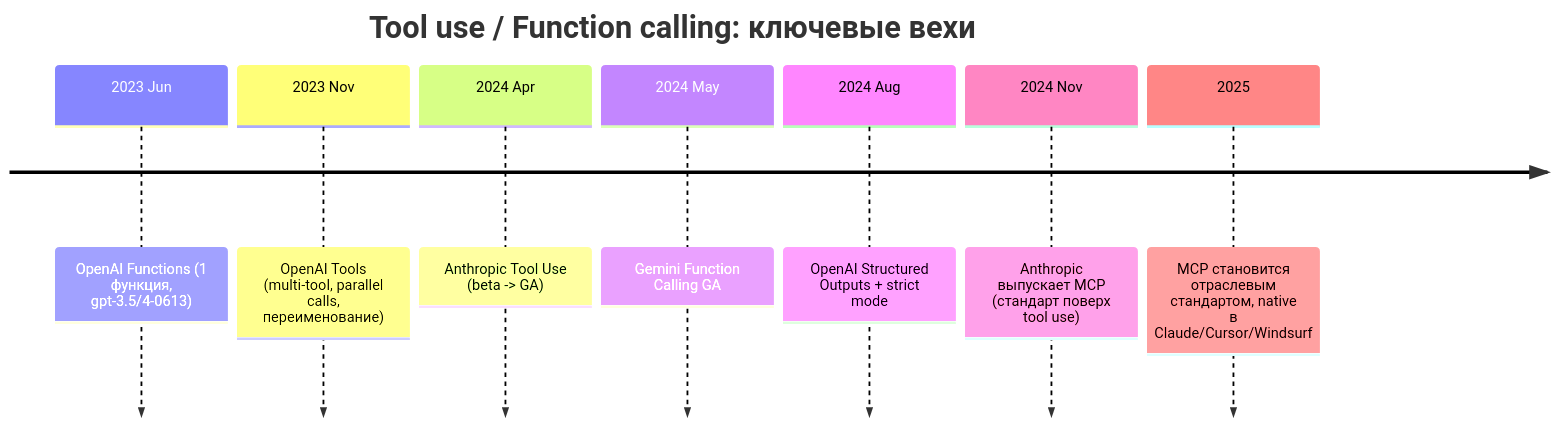
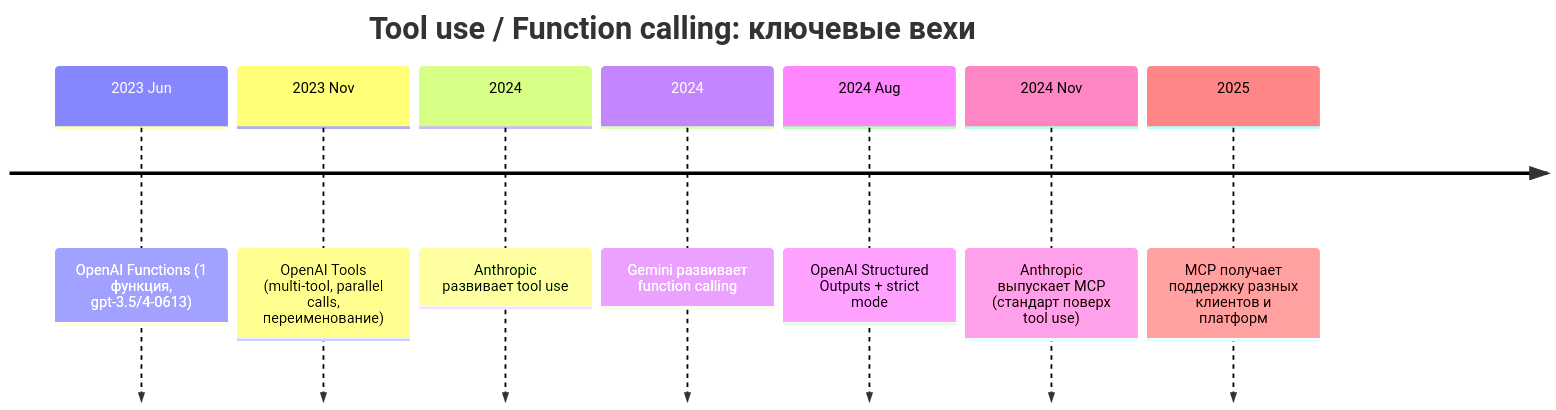
One commit to akeverus/cheat-sheet changed the second of 5 diagrams in cheatsheets/interview/ai-ml/function-calling-interview.md. Above: the diagram before and after it, drawn with Mermaid. The commit also changed other lines of this file and 6 other files, not shown here.

Commit message:
Review Function Calling MCQ visual parity

````diff
--- a/cheatsheets/interview/ai-ml/function-calling-interview.md
+++ b/cheatsheets/interview/ai-ml/function-calling-interview.md
@@ -129,11 +128,11 @@
 ```mermaid
 timeline
     title Tool use / Function calling: ключевые вехи
     2023 Jun : OpenAI Functions (1 функция, gpt-3.5/4-0613)
     2023 Nov : OpenAI Tools (multi-tool, parallel calls, переименование)
-    2024 Apr : Anthropic Tool Use (beta -> GA)
-    2024 May : Gemini Function Calling GA
+    2024     : Anthropic развивает tool use
+    2024     : Gemini развивает function calling
     2024 Aug : OpenAI Structured Outputs + strict mode
     2024 Nov : Anthropic выпускает MCP (стандарт поверх tool use)
-    2025     : MCP становится отраслевым стандартом, native в Claude/Cursor/Windsurf
+    2025     : MCP получает поддержку разных клиентов и платформ
 ```
````
